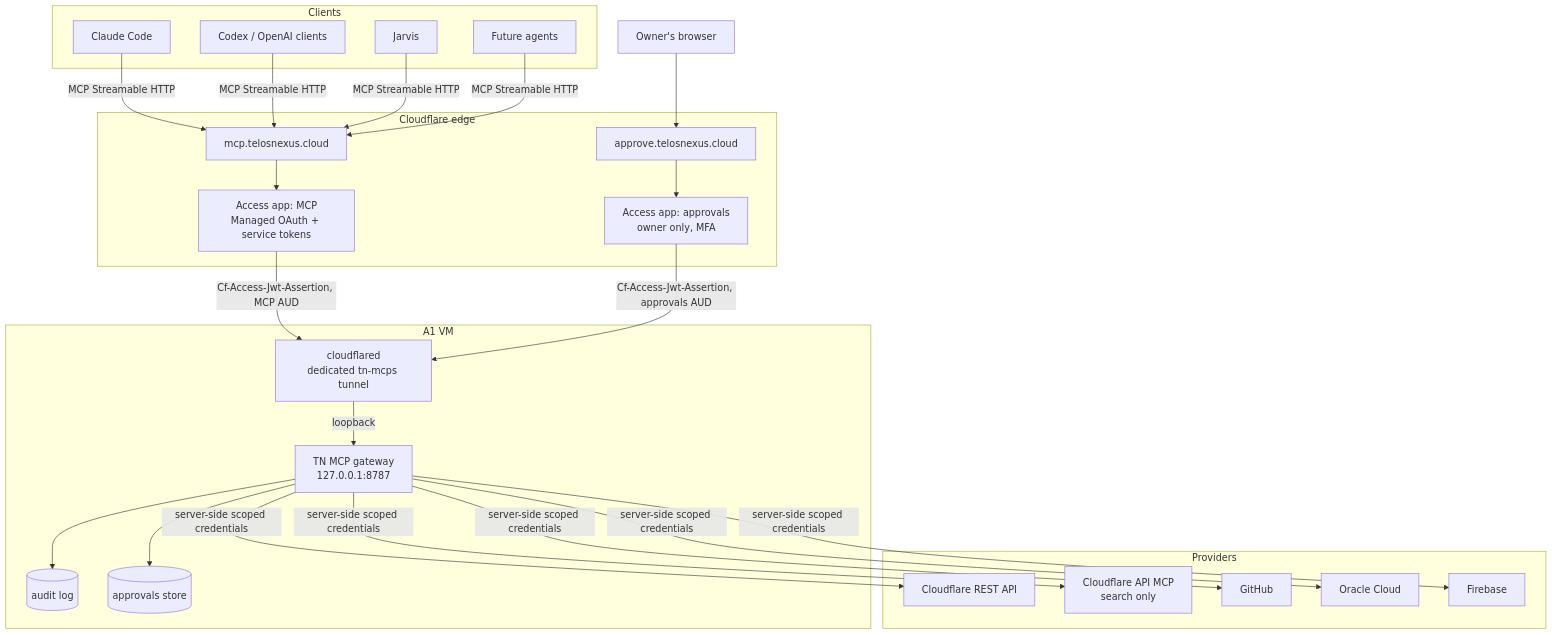
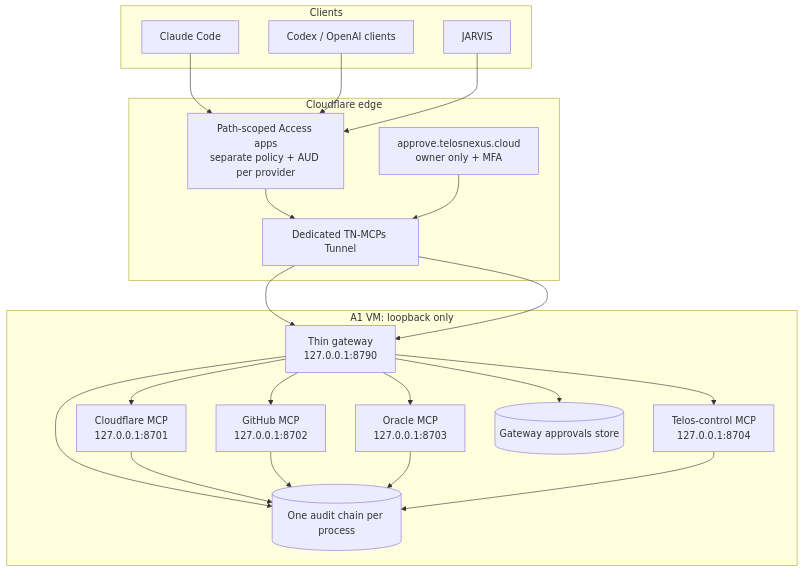
One commit to heisqasim/TN-MCPs changed the diagram in docs/ARCHITECTURE.md. Above: the diagram before and after it, drawn with Mermaid. The commit also changed other lines of this file and 10 other files, not shown here.

````diff
--- a/docs/ARCHITECTURE.md
+++ b/docs/ARCHITECTURE.md
@@ -21,39 +16,27 @@
 ```mermaid
 flowchart TB
   subgraph Clients
     CC[Claude Code]
     CX[Codex / OpenAI clients]
-    JV[Jarvis]
-    FA[Future agents]
+    JV[JARVIS]
   end
-
-  subgraph Cloudflare edge
-    DNS[mcp.telosnexus.cloud]
-    ACC[Access app: MCP<br/>Managed OAuth + service tokens]
-    APP[approve.telosnexus.cloud]
-    ACC2[Access app: approvals<br/>owner only, MFA]
+  subgraph Edge[Cloudflare edge]
+    P[Path-scoped Access apps<br/>separate policy + AUD per provider]
+    AP[approve.telosnexus.cloud<br/>owner only + MFA]
+    T[Dedicated TN-MCPs Tunnel]
   end
-
-  subgraph A1 VM
-    CFD[cloudflared<br/>dedicated tn-mcps tunnel]
-    GW[TN MCP gateway<br/>127.0.0.1:8787]
-    AUD[(audit log)]
-    APR[(approvals store)]
+  subgraph VM[A1 VM: loopback only]
+    G[Thin gateway<br/>127.0.0.1:8790]
+    CF[Cloudflare MCP<br/>127.0.0.1:8701]
+    GH[GitHub MCP<br/>127.0.0.1:8702]
+    OR[Oracle MCP<br/>127.0.0.1:8703]
+    TN[Telos-control MCP<br/>127.0.0.1:8704]
+    AS[(Gateway approvals store)]
+    AU[(One audit chain per process)]
   end
-
-  subgraph Providers
-    CFAPI[Cloudflare REST API]
-    CFMCP[Cloudflare API MCP<br/>search only]
-    GH[GitHub]
-    OCI[Oracle Cloud]
-    FB[Firebase]
-  end
-
-  OWNER[Owner's browser] --> APP --> ACC2
-  CC & CX & JV & FA -->|MCP Streamable HTTP| DNS --> ACC
-  ACC -->|Cf-Access-Jwt-Assertion, MCP AUD| CFD
-  ACC2 -->|Cf-Access-Jwt-Assertion, approvals AUD| CFD
-  CFD -->|loopback| GW
-  GW --> AUD & APR
-  GW -->|server-side scoped credentials| CFAPI & CFMCP & GH & OCI & FB
+  CC & CX & JV --> P --> T --> G
+  AP --> T --> G
+  G --> CF & GH & OR & TN
+  G --> AS
+  G & CF & GH & OR & TN --> AU
 ```
````
